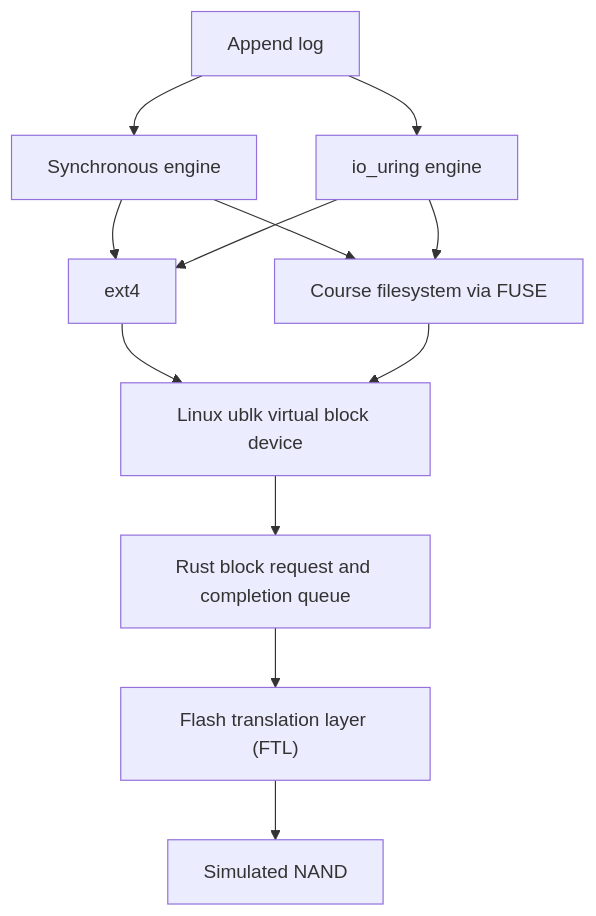
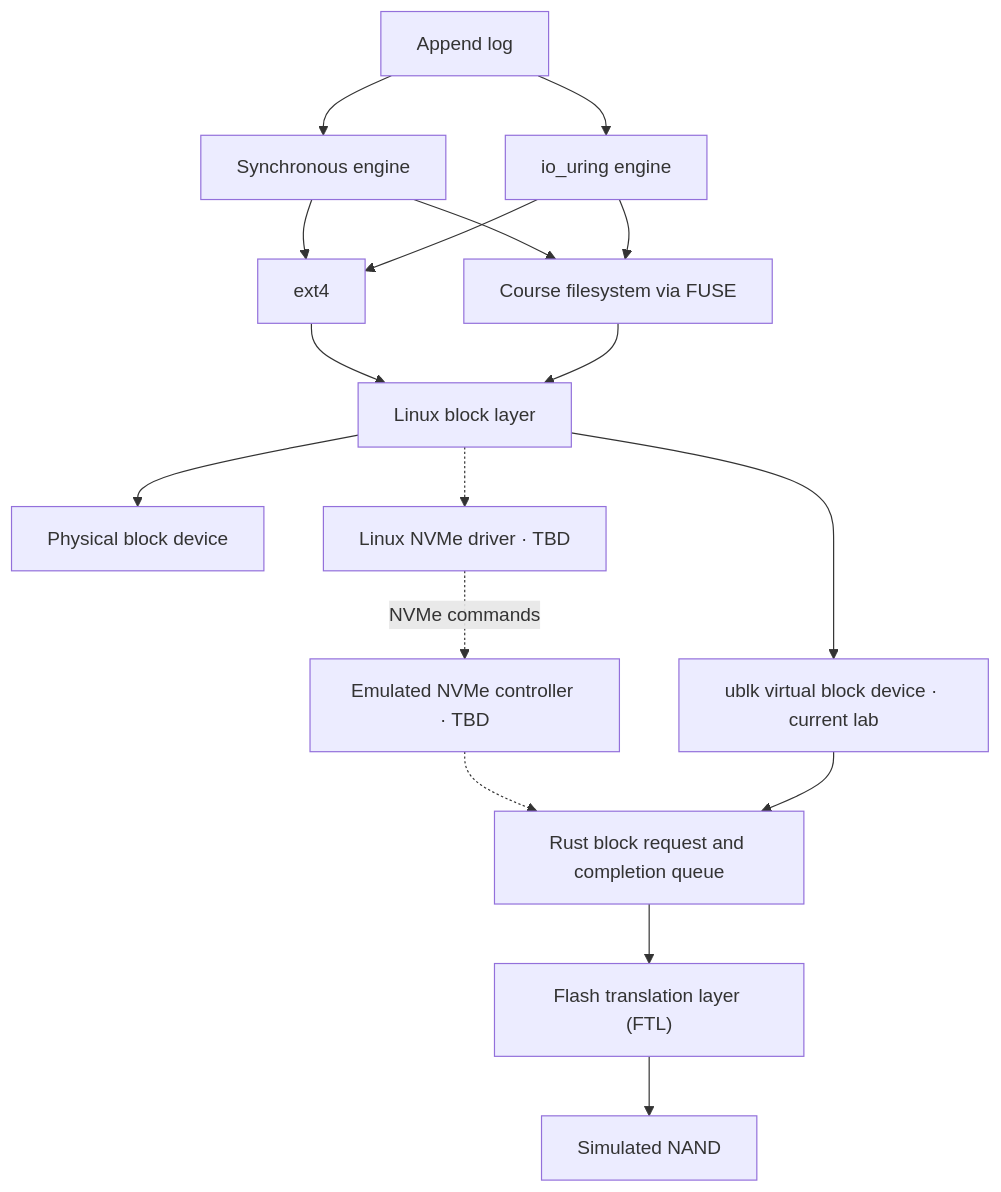
Before and after one commit to skyzh/io-journey: the diagram in README.md, drawn with Mermaid. The commit also changed other lines of this file, not shown here.

Commit message:
Show the planned NVMe lab and physical storage path (#43)

````diff
--- a/README.md
+++ b/README.md
@@ -22,15 +23,20 @@
 ```mermaid
 flowchart TD
     App["Append log"]
     App --> Sync["Synchronous engine"]
     App --> Uring["io_uring engine"]
     Sync --> Ext4["ext4"]
     Sync --> Fuse["Course filesystem via FUSE"]
     Uring --> Ext4
     Uring --> Fuse
-    Ext4 --> Ublk["Linux ublk virtual block device"]
-    Fuse --> Ublk
-    Ublk --> Queue["Rust block request and completion queue"]
+    Ext4 --> Block["Linux block layer"]
+    Fuse --> Block
+    Block --> Ublk["ublk virtual block device · current lab"]
+    Block --> Hardware["Physical block device"]
+    Block -.-> NvmeHost["Linux NVMe driver · TBD"]
+    NvmeHost -. NVMe commands .-> NvmeController["Emulated NVMe controller · TBD"]
+    NvmeController -.-> Queue["Rust block request and completion queue"]
+    Ublk --> Queue
     Queue --> FTL["Flash translation layer (FTL)"]
     FTL --> NAND["Simulated NAND"]
 ```
````
